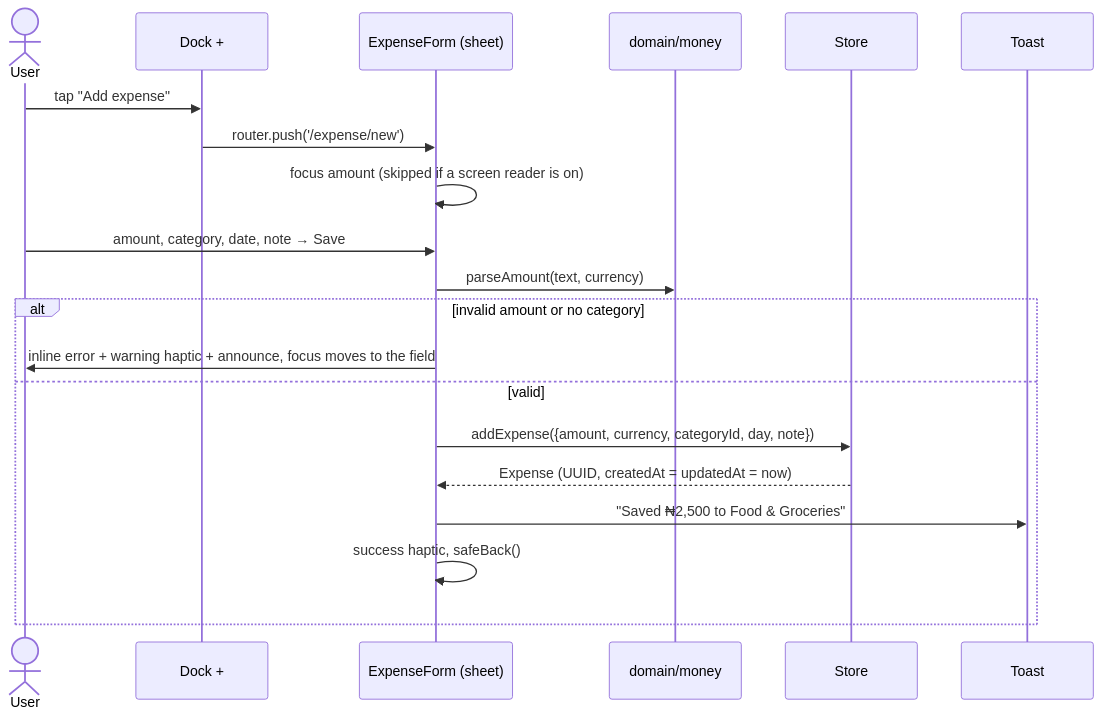
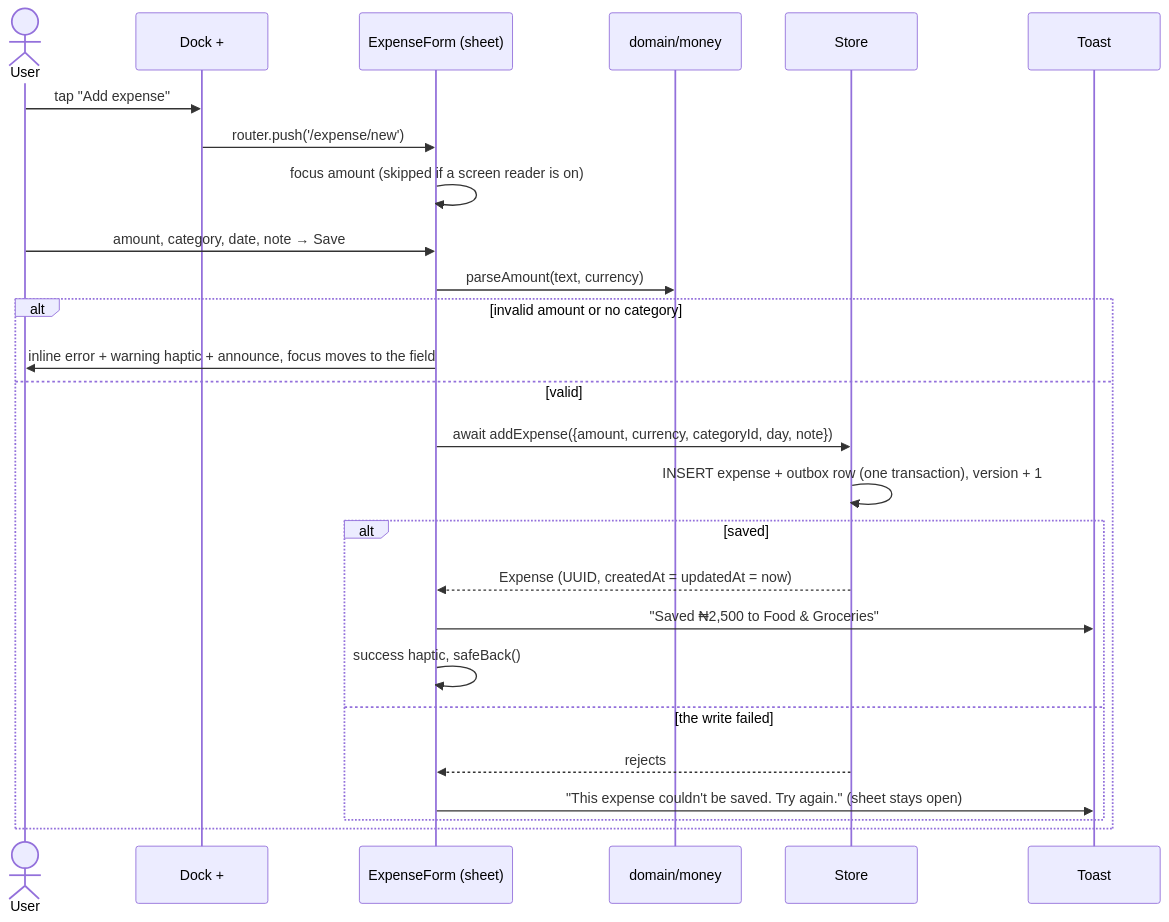
The fifth of 8 diagrams in docs/ARCHITECTURE.md (stdiohox/tito-expense-tracker), drawn with Mermaid before and after one commit. The commit also changed other lines of this file and 10 other files, not shown here.

````diff
--- a/docs/ARCHITECTURE.md
+++ b/docs/ARCHITECTURE.md
@@ -422,22 +498,28 @@
 ```mermaid
 sequenceDiagram
   actor U as User
   participant FAB as Dock +
   participant F as ExpenseForm (sheet)
   participant D as domain/money
   participant S as Store
   participant T as Toast
   U->>FAB: tap "Add expense"
   FAB->>F: router.push('/expense/new')
   F->>F: focus amount (skipped if a screen reader is on)
   U->>F: amount, category, date, note → Save
   F->>D: parseAmount(text, currency)
   alt invalid amount or no category
     F->>U: inline error + warning haptic + announce, focus moves to the field
   else valid
-    F->>S: addExpense({amount, currency, categoryId, day, note})
-    S-->>F: Expense (UUID, createdAt = updatedAt = now)
-    F->>T: "Saved ₦2,500 to Food & Groceries"
-    F->>F: success haptic, safeBack()
+    F->>S: await addExpense({amount, currency, categoryId, day, note})
+    S->>S: INSERT expense + outbox row (one transaction), version + 1
+    alt saved
+      S-->>F: Expense (UUID, createdAt = updatedAt = now)
+      F->>T: "Saved ₦2,500 to Food & Groceries"
+      F->>F: success haptic, safeBack()
+    else the write failed
+      S-->>F: rejects
+      F->>T: "This expense couldn't be saved. Try again." (sheet stays open)
+    end
   end
 ```
````
